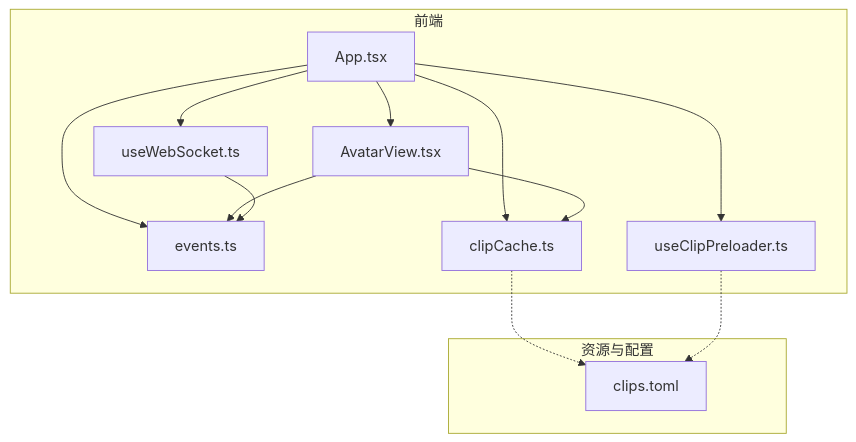
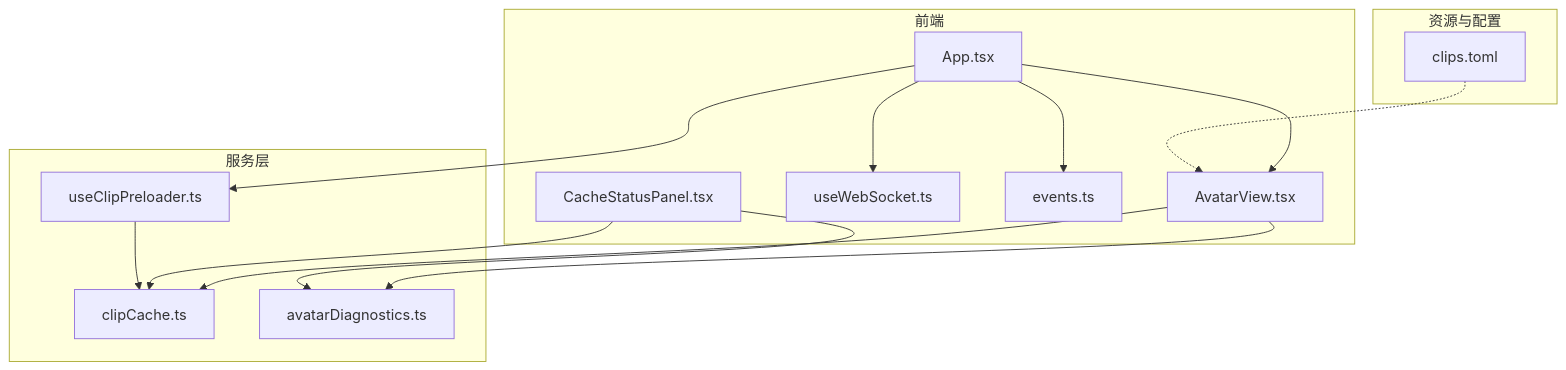
One commit to leo21cn/real-time-talk changed the first of 5 diagrams in .qoder/repowiki/zh/content/系统架构/前端应用架构/虚拟形象系统.md. Above: the diagram before and after it, drawn with Mermaid. The commit also changed other lines of this file and 21 other files, not shown here.

````diff
--- a/.qoder/repowiki/zh/content/系统架构/前端应用架构/虚拟形象系统.md
+++ b/.qoder/repowiki/zh/content/系统架构/前端应用架构/虚拟形象系统.md
@@ -48,24 +52,28 @@
 ```mermaid
 graph TB
 subgraph "前端"
 A["App.tsx"]
 B["AvatarView.tsx"]
 C["useWebSocket.ts"]
 D["events.ts"]
-E["clipCache.ts"]
-F["useClipPreloader.ts"]
+E["CacheStatusPanel.tsx"]
+end
+subgraph "服务层"
+F["clipCache.ts"]
+G["avatarDiagnostics.ts"]
+H["useClipPreloader.ts"]
 end
 subgraph "资源与配置"
-G["clips.toml"]
+I["clips.toml"]
 end
 A --> B
 A --> C
 A --> D
-A --> E
-A --> F
-B --> D
-B --> E
-C --> D
-E -.-> G
-F -.-> G
+A --> H
+B --> F
+B --> G
+E --> F
+E --> G
+H --> F
+I -.-> B
 ```
````
